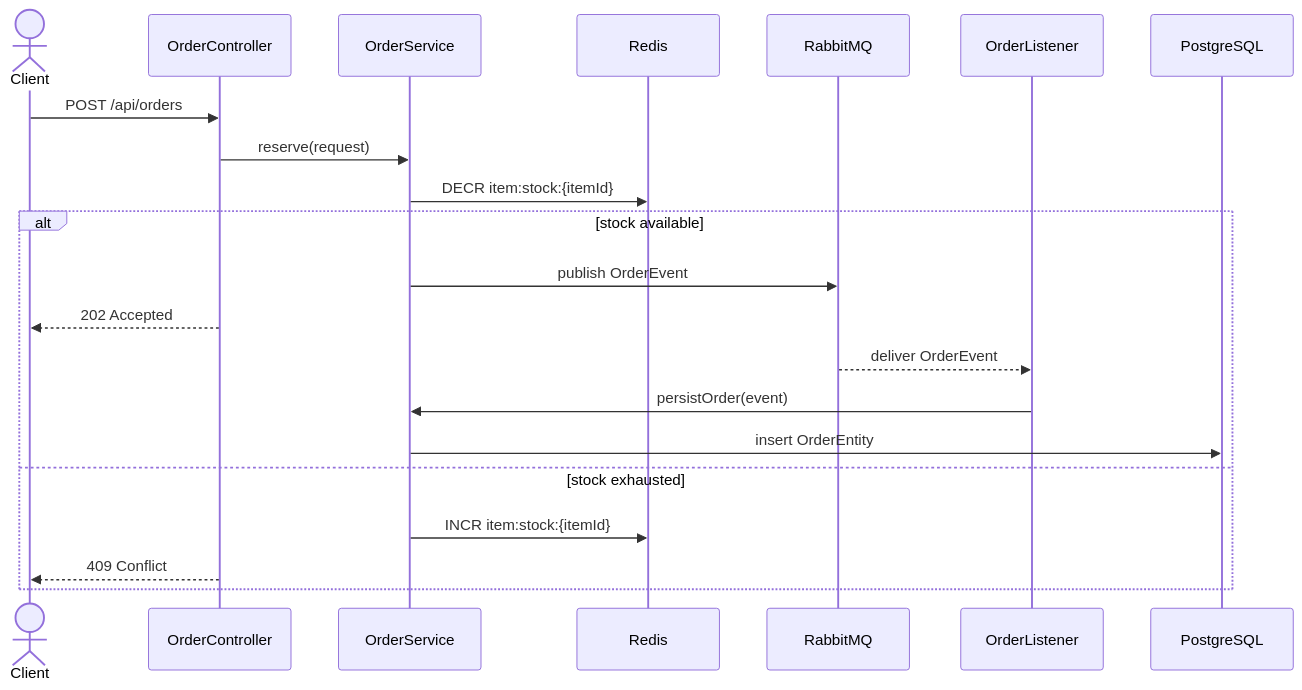
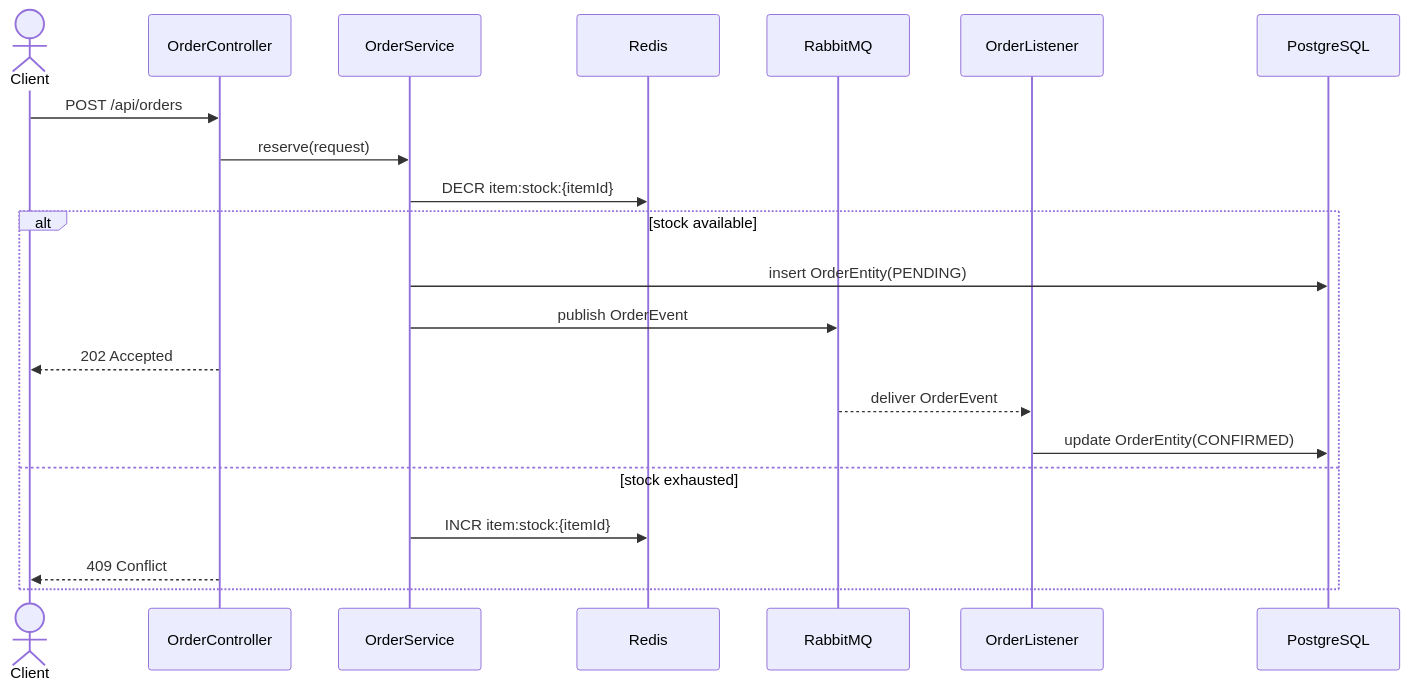
Before and after one commit to robertomiguez/flash-sale-poc: the second of 2 diagrams in README.md, drawn with Mermaid. The commit also changed other lines of this file and 12 other files, not shown here.

First line of the commit message:
Enhance order processing flow and inventory management

````diff
--- a/README.md
+++ b/README.md
@@ -49,24 +54,24 @@
 ```mermaid
 sequenceDiagram
     actor Client
     participant Controller as OrderController
     participant Service as OrderService
     participant Redis
     participant RabbitMQ
     participant Listener as OrderListener
     participant DB as PostgreSQL
 
     Client->>Controller: POST /api/orders
     Controller->>Service: reserve(request)
     Service->>Redis: DECR item:stock:{itemId}
     alt stock available
+        Service->>DB: insert OrderEntity(PENDING)
         Service->>RabbitMQ: publish OrderEvent
         Controller-->>Client: 202 Accepted
         RabbitMQ-->>Listener: deliver OrderEvent
-        Listener->>Service: persistOrder(event)
-        Service->>DB: insert OrderEntity
+        Listener->>DB: update OrderEntity(CONFIRMED)
     else stock exhausted
         Service->>Redis: INCR item:stock:{itemId}
         Controller-->>Client: 409 Conflict
     end
 ```
````
